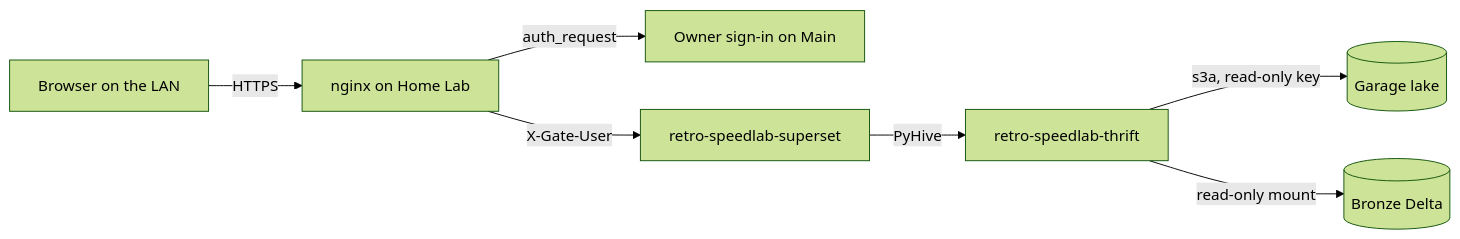
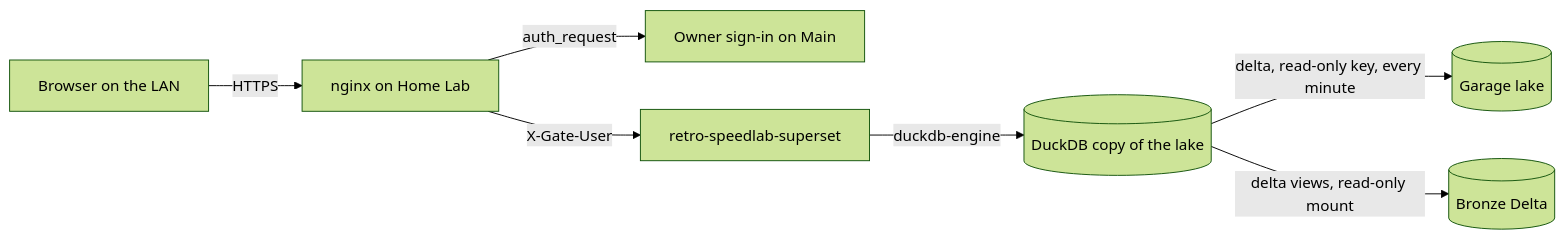
The second of 2 diagrams in README.md (RetroSpeedLab/retro-speedlab-lakehouse), drawn with Mermaid (forest theme) before and after one commit. The commit also changed other lines of this file and 25 other files, not shown here.

First line of the commit message:
feat(superset)!: Superset reads a DuckDB copy of the lake instead of the Spark Thrift Server

````diff
--- a/README.md
+++ b/README.md
@@ -207,9 +207,9 @@
 ```mermaid
 flowchart LR
     browser[Browser on the LAN] -->|HTTPS| nginx[nginx on Home Lab]
     nginx -->|auth_request| sso[Owner sign-in on Main]
     nginx -->|X-Gate-User| superset[retro-speedlab-superset]
-    superset -->|PyHive| thrift[retro-speedlab-thrift]
-    thrift -->|s3a, read-only key| lake[(Garage lake)]
-    thrift -->|read-only mount| bronze[(Bronze Delta)]
+    superset -->|duckdb-engine| snapshot[(DuckDB copy of the lake)]
+    snapshot -->|delta, read-only key, every minute| lake[(Garage lake)]
+    snapshot -->|delta views, read-only mount| bronze[(Bronze Delta)]
 ```
````
